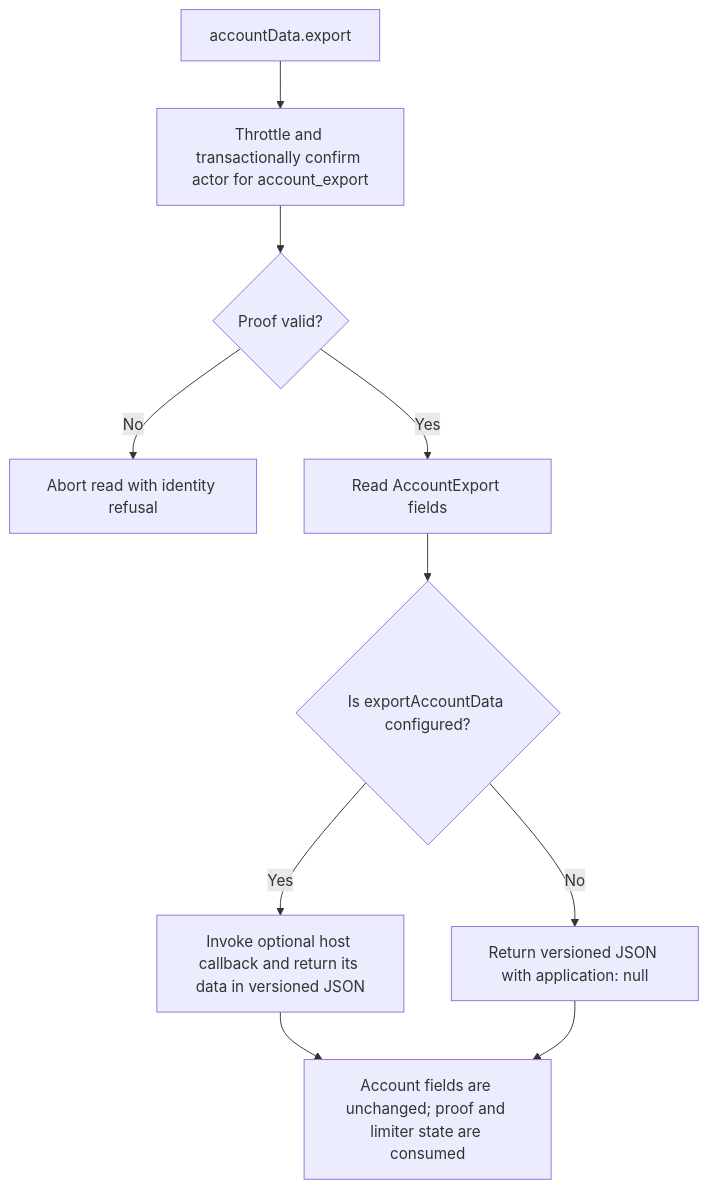
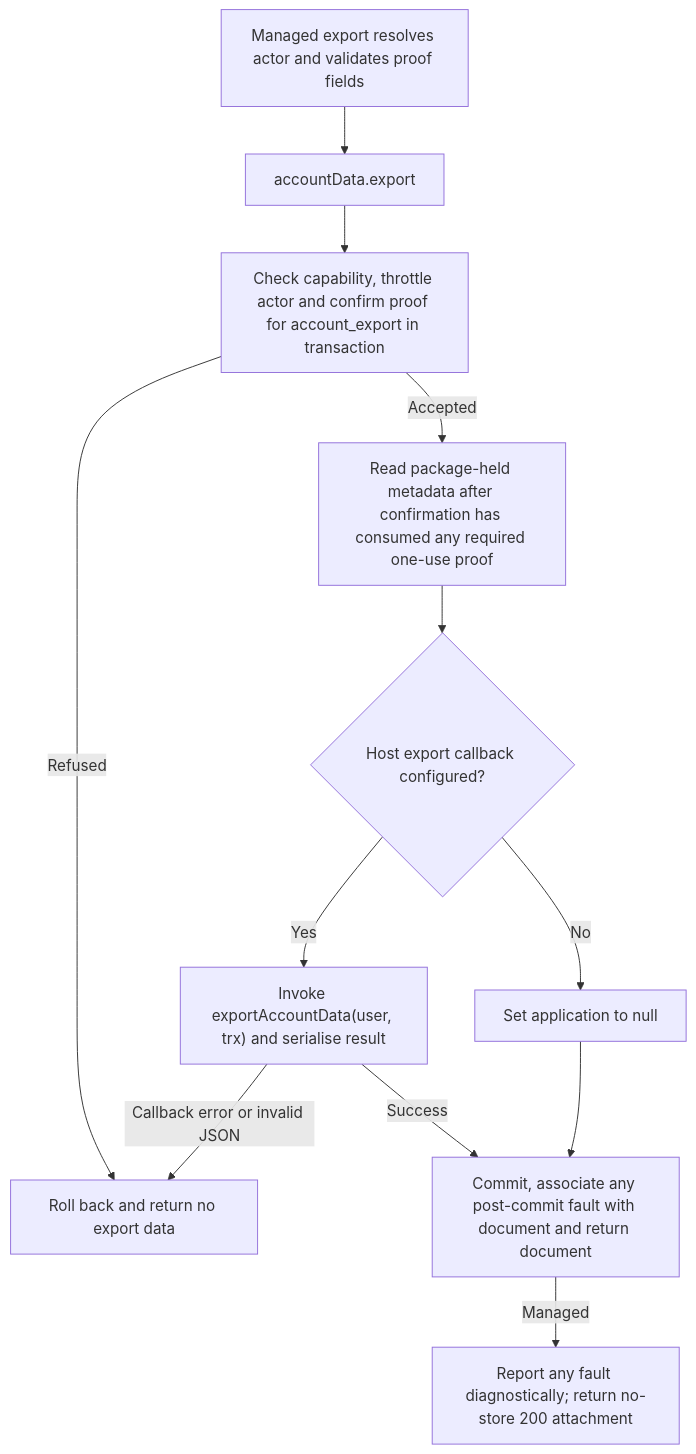
One commit to Kevinjohn/oss-adonisjs-account-kit changed the second of 2 diagrams in user-stories/US-ACCOUNT-18-export-account.md. Above: the diagram before and after it, drawn with Mermaid. The commit also changed other lines of this file and 70 other files, not shown here.

Commit message:
Refresh the Account Kit user story catalogue for 0.6.0

````diff
--- a/user-stories/US-ACCOUNT-18-export-account.md
+++ b/user-stories/US-ACCOUNT-18-export-account.md
@@ -29,12 +29,14 @@
 ```mermaid
 flowchart TD
- A["accountData.export"] --> B["Throttle and transactionally confirm actor for account_export"]
- B --> C{"Proof valid?"}
- C -->|No| D["Abort read with identity refusal"]
- C -->|Yes| E["Read AccountExport fields"]
- E --> F{"Is exportAccountData configured?"}
- F -->|Yes| G["Invoke optional host callback and return its data in versioned JSON"]
- F -->|No| H["Return versioned JSON with application: null"]
- G --> I["Account fields are unchanged; proof and limiter state are consumed"]
- H --> I
+  M["Managed export resolves actor and validates proof fields"] --> A["accountData.export"]
+  A --> B["Check capability, throttle actor and confirm proof for account_export in transaction"]
+  B -->|Refused| D["Roll back and return no export data"]
+  B -->|Accepted| E["Read package-held metadata after confirmation has consumed any required one-use proof"]
+  E --> F{"Host export callback configured?"}
+  F -->|Yes| G["Invoke exportAccountData(user, trx) and serialise result"]
+  F -->|No| H["Set application to null"]
+  G -->|Callback error or invalid JSON| D
+  G -->|Success| I["Commit, associate any post-commit fault with document and return document"]
+  H --> I
+  I -->|Managed| J["Report any fault diagnostically; return no-store 200 attachment"]
 ```
````
